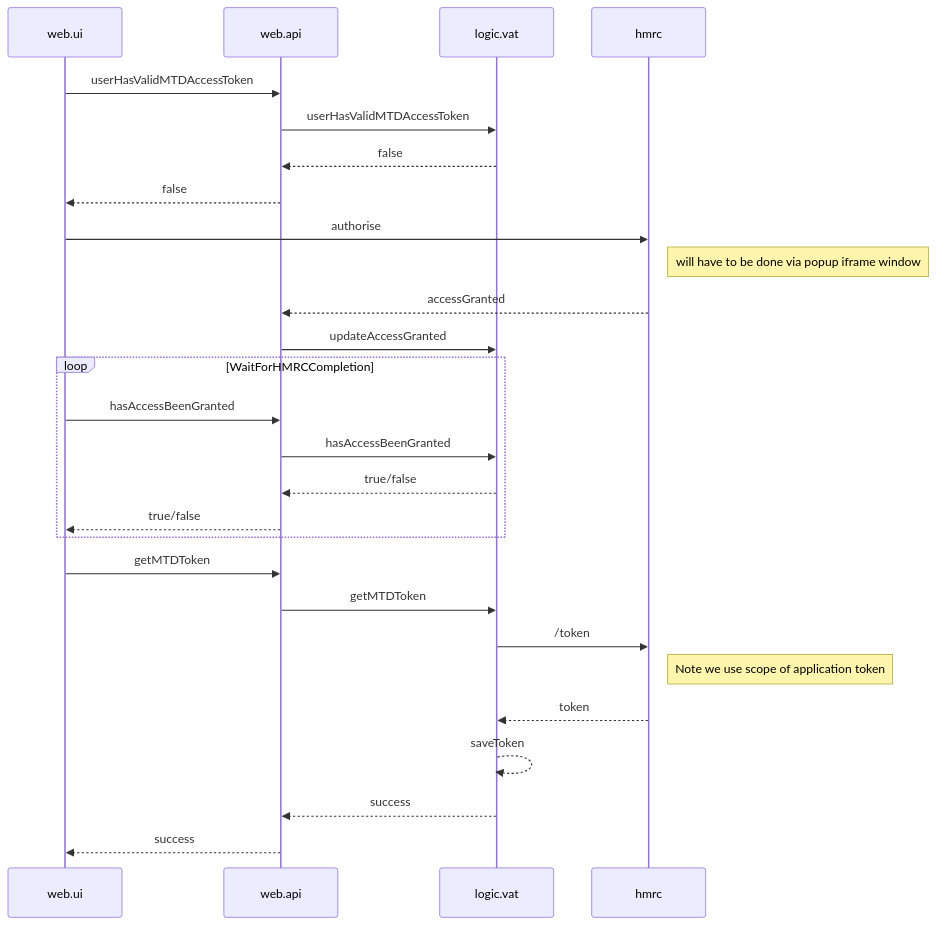
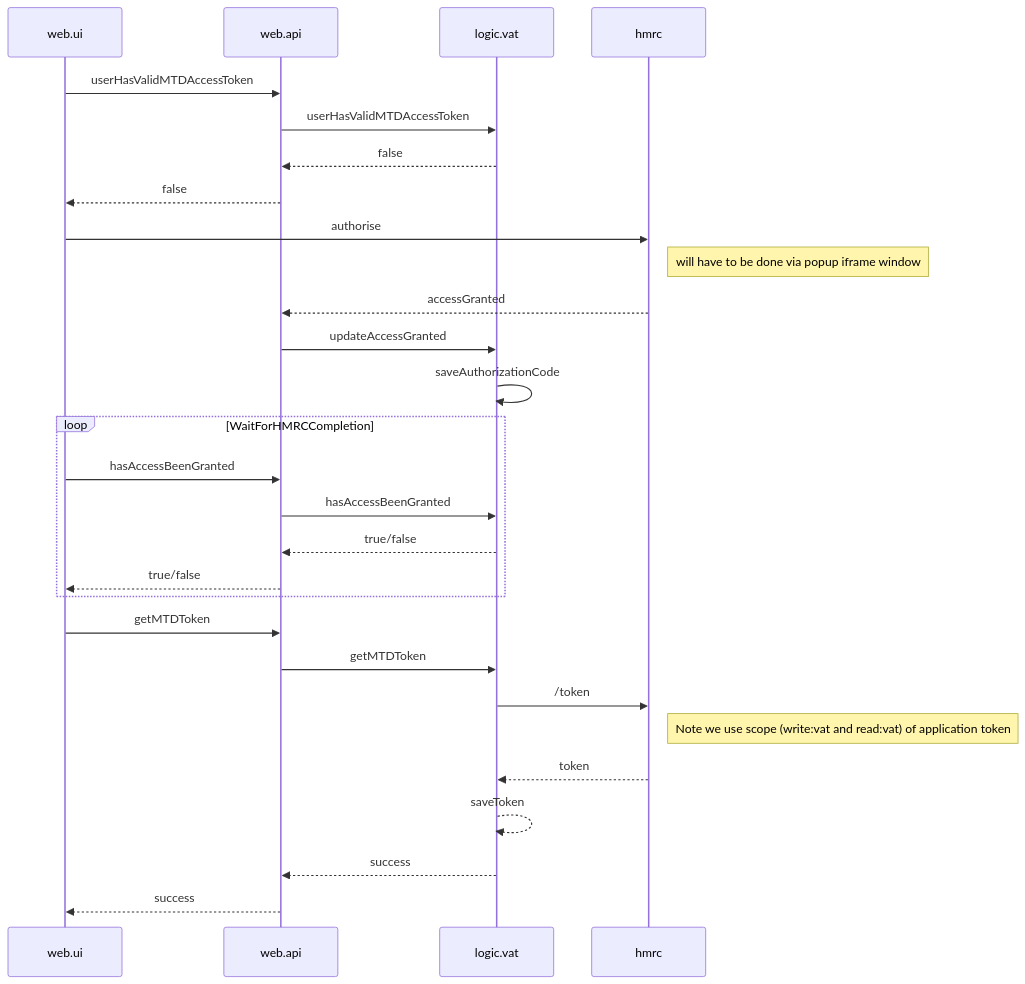
Before and after one commit to Pierre-Avenant-CP/TAX: the first of 5 diagrams in README.md, drawn with Mermaid. The commit also changed other lines of this file, not shown here.

````diff
--- a/README.md
+++ b/README.md
@@ -4,32 +13,32 @@
 ```mermaid
-
 
 sequenceDiagram
     participant web.ui
     participant web.api
     participant logic.vat
     participant hmrc
     web.ui->>web.api:userHasValidMTDAccessToken
     web.api->>logic.vat: userHasValidMTDAccessToken
     logic.vat-->>web.api: false
     web.api-->>web.ui: false
     web.ui->>hmrc:authorise
     Note Right of hmrc: will have to be  done via popup iframe window
     hmrc-->>web.api:accessGranted
     web.api->>logic.vat : updateAccessGranted
+    logic.vat->>logic.vat : saveAuthorizationCode
     loop WaitForHMRCCompletion
       web.ui->>web.api : hasAccessBeenGranted
       web.api->>logic.vat : hasAccessBeenGranted
       logic.vat-->>web.api : true/false
       web.api-->>web.ui : true/false
     end 
     web.ui->>web.api:getMTDToken
     web.api->>logic.vat:getMTDToken
     logic.vat->>hmrc:/token
-    Note Right of hmrc: Note we use scope of application token
+    Note Right of hmrc: Note we use scope (write:vat and read:vat) of application token
     hmrc-->>logic.vat : token
     logic.vat-->>logic.vat : saveToken
     logic.vat-->>web.api : success
     web.api-->>web.ui : success
 
 ```
````
